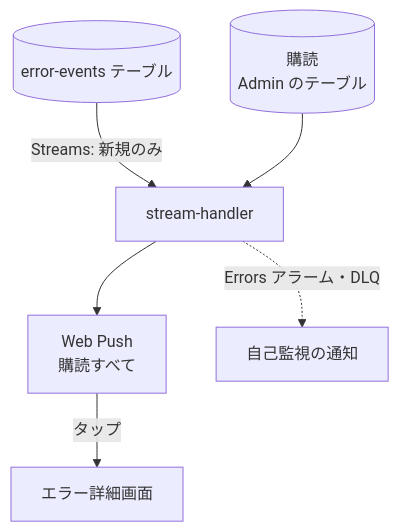
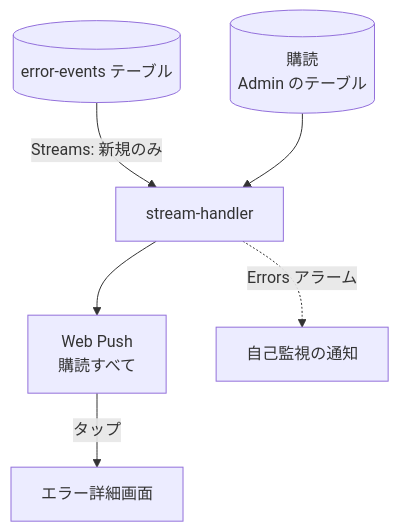
Before and after one commit to nagiyu/nagiyu-platform: the second of 2 diagrams in docs/services/admin/specs/batch/stream-handler.md, drawn with Mermaid. The commit also changed other lines of this file and 32 other files, not shown here.

````diff
--- a/docs/services/admin/specs/batch/stream-handler.md
+++ b/docs/services/admin/specs/batch/stream-handler.md
@@ -63,8 +63,8 @@
 ```mermaid
 flowchart TD
     E[(error-events テーブル)] -->|Streams: 新規のみ| L[stream-handler]
     SUB[(購読<br/>Admin のテーブル)] --> L
     L --> P[Web Push<br/>購読すべて]
     P -->|タップ| D[エラー詳細画面]
-    L -.->|Errors アラーム・DLQ| SM[自己監視の通知]
+    L -.->|Errors アラーム| SM[自己監視の通知]
 ```
````
